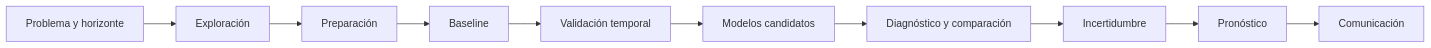
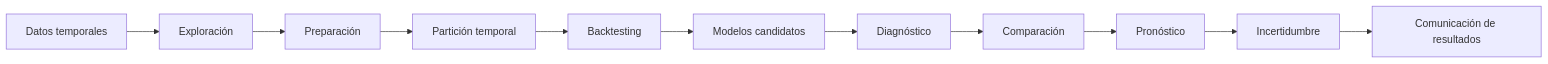
One commit to Wilsonsr/Series-de-Tiempo changed the diagram in README.md. Above: the diagram before and after it, drawn with Mermaid. The commit also changed other lines of this file and 96 other files, not shown here.

````diff
--- a/README.md
+++ b/README.md
@@ -34,12 +39,13 @@
 ```mermaid
 flowchart LR
-    A["Problema y horizonte"] --> B["Exploración"]
-    B --> C["Preparación"]
-    C --> D["Baseline"]
-    D --> E["Validación temporal"]
-    E --> F["Modelos candidatos"]
-    F --> G["Diagnóstico y comparación"]
-    G --> H["Incertidumbre"]
-    H --> I["Pronóstico"]
-    I --> J["Comunicación"]
+    A[Datos temporales] --> B[Exploración]
+    B --> C[Preparación]
+    C --> D[Partición temporal]
+    D --> E[Backtesting]
+    E --> F[Modelos candidatos]
+    F --> G[Diagnóstico]
+    G --> H[Comparación]
+    H --> I[Pronóstico]
+    I --> J[Incertidumbre]
+    J --> K[Comunicación de resultados]
 ```
````
